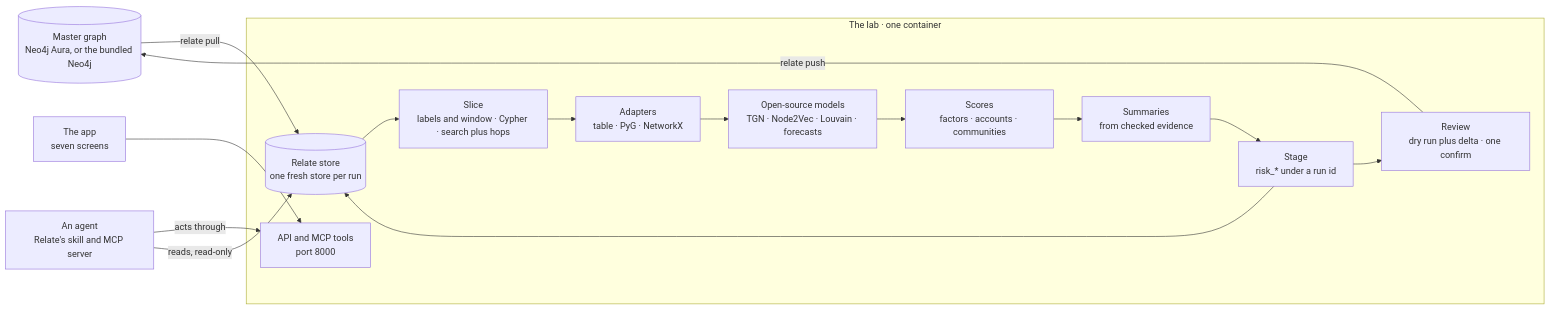
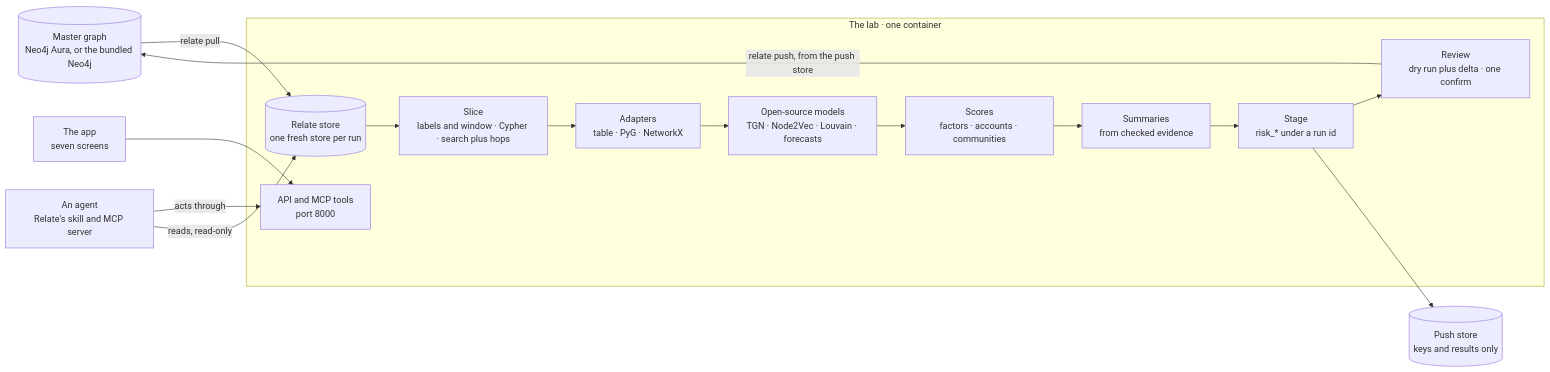
One commit to EastridgeAnalytics/subgraph-lab changed the diagram in architecture-docs/00-overview.md. Above: the diagram before and after it, drawn with Mermaid. The commit also changed other lines of this file and 143 other files, not shown here.

````diff
--- a/architecture-docs/00-overview.md
+++ b/architecture-docs/00-overview.md
@@ -9,27 +9,27 @@
 ```mermaid
 flowchart LR
   master[("Master graph<br/>Neo4j Aura, or the bundled Neo4j")]
 
   subgraph lab["The lab · one container"]
     store[("Relate store<br/>one fresh store per run")]
     slice["Slice<br/>labels and window · Cypher · search plus hops"]
     adapters["Adapters<br/>table · PyG · NetworkX"]
     models["Open-source models<br/>TGN · Node2Vec · Louvain · forecasts"]
     scores["Scores<br/>factors · accounts · communities"]
     summaries["Summaries<br/>from checked evidence"]
     stage["Stage<br/>risk_* under a run id"]
     review["Review<br/>dry run plus delta · one confirm"]
     api["API and MCP tools<br/>port 8000"]
   end
 
   app["The app<br/>seven screens"]
   agent["An agent<br/>Relate's skill and MCP server"]
 
   master -->|relate pull| store
   store --> slice --> adapters --> models --> scores --> summaries --> stage --> review
-  review -->|relate push| master
-  stage --> store
+  review -->|"relate push, from the push store"| master
+  stage --> pstore[("Push store<br/>keys and results only")]
   app --> api
   agent -->|acts through| api
   agent -->|reads, read-only| store
 ```
````
